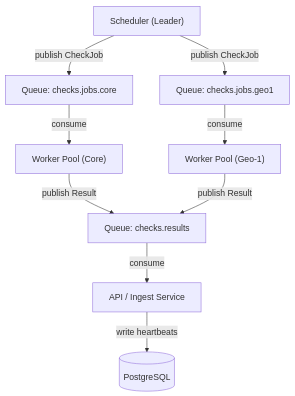
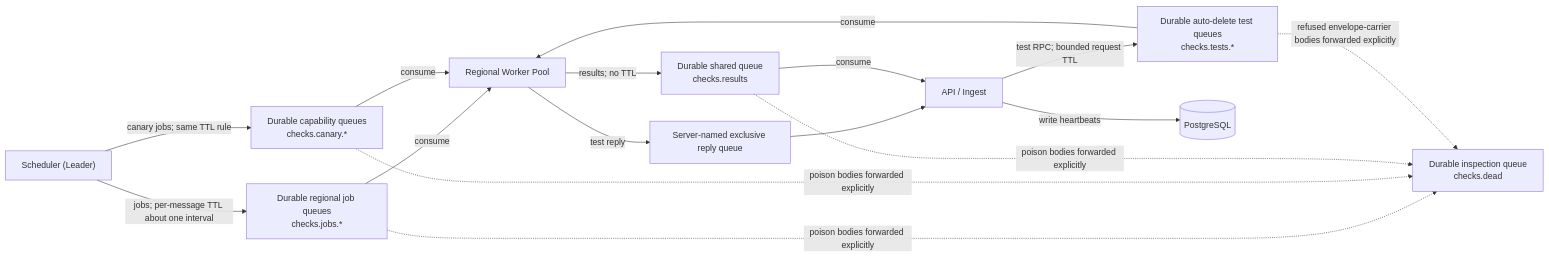
The fifth of 9 diagrams in docs/architecture.md (teamlead-com/cerbix), drawn with Mermaid before and after one commit. The commit also changed other lines of this file and 9 other files, not shown here.

Commit message:
docs: reconcile architecture and operator documentation

````diff
--- a/docs/architecture.md
+++ b/docs/architecture.md
@@ -151,27 +154,27 @@
 ```mermaid
-flowchart TD
+flowchart LR
     SCHED["Scheduler (Leader)"]
-    
-    Q_CORE["Queue: checks.jobs.core"]
-    Q_GEO1["Queue: checks.jobs.geo1"]
-    
-    W_CORE["Worker Pool (Core)"]
-    W_GEO1["Worker Pool (Geo-1)"]
-    
-    Q_RES["Queue: checks.results"]
-    
-    INGEST["API / Ingest Service"]
+    API["API / Ingest"]
+    WORKER["Regional Worker Pool"]
+
+    JOBS["Durable regional job queues<br/>checks.jobs.*"]
+    CANARY["Durable capability queues<br/>checks.canary.*"]
+    TESTS["Durable auto-delete test queues<br/>checks.tests.*"]
+    REPLY["Server-named exclusive reply queue"]
+    RESULTS["Durable shared queue<br/>checks.results"]
+    DEAD["Durable inspection queue<br/>checks.dead"]
     PG[("PostgreSQL")]
 
-    SCHED -->|publish CheckJob| Q_CORE
-    SCHED -->|publish CheckJob| Q_GEO1
-
-    Q_CORE -->|consume| W_CORE
-    Q_GEO1 -->|consume| W_GEO1
-
-    W_CORE -->|publish Result| Q_RES
-    W_GEO1 -->|publish Result| Q_RES
-
-    Q_RES -->|consume| INGEST
-    INGEST -->|write heartbeats| PG
+    SCHED -->|jobs; per-message TTL about one interval| JOBS
+    SCHED -->|canary jobs; same TTL rule| CANARY
+    API -->|test RPC; bounded request TTL| TESTS
+    JOBS & CANARY -->|consume| WORKER
+    TESTS -->|consume| WORKER
+    WORKER -->|test reply| REPLY
+    REPLY --> API
+    WORKER -->|results; no TTL| RESULTS
+    RESULTS -->|consume| API
+    API -->|write heartbeats| PG
+    JOBS & CANARY & RESULTS -. poison bodies forwarded explicitly .-> DEAD
+    TESTS -. refused envelope-carrier bodies forwarded explicitly .-> DEAD
 ```
````
